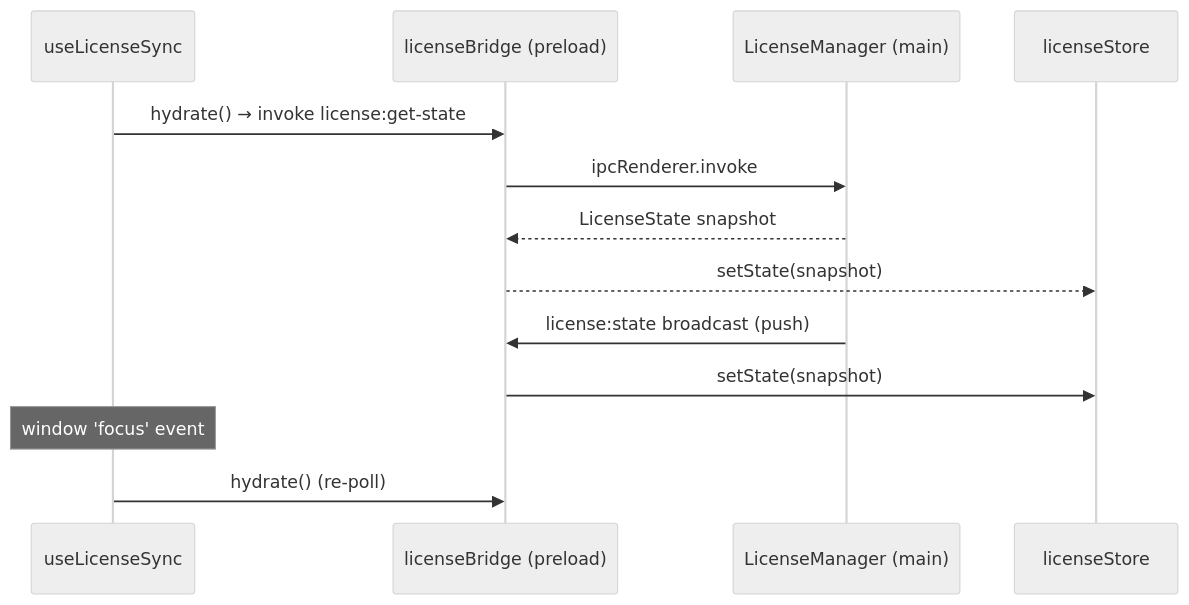
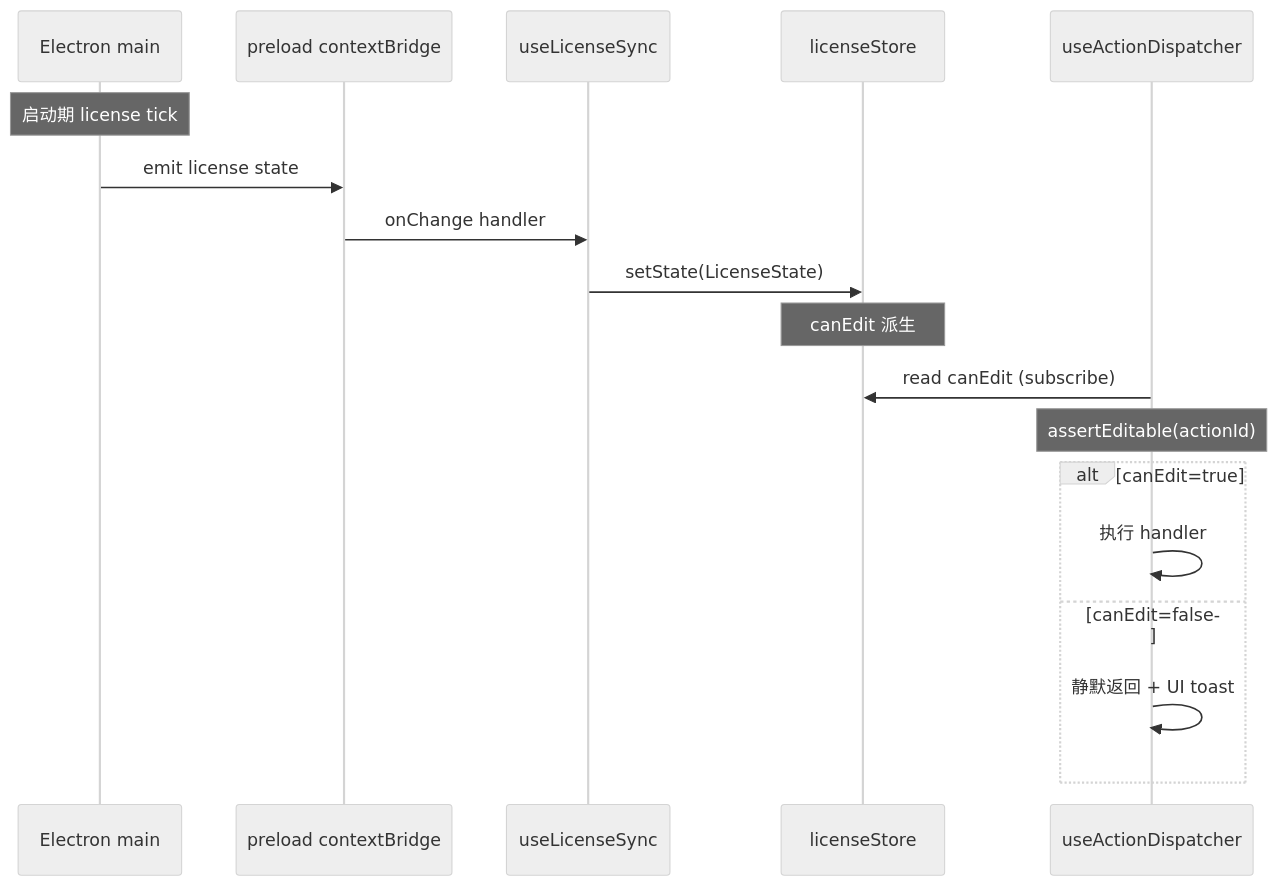
Before and after one commit to SakuraPuare/apollo-map-studio: the diagram in docs/api/hooks/use-license.md, drawn with Mermaid (neutral theme). The commit also changed other lines of this file and 414 other files, not shown here.

````diff
--- a/docs/api/hooks/use-license.md
+++ b/docs/api/hooks/use-license.md
@@ -38,18 +211,21 @@
 ```mermaid
 sequenceDiagram
+    participant Main as Electron main
+    participant Bridge as preload contextBridge
     participant Hook as useLicenseSync
-    participant Bridge as licenseBridge (preload)
-    participant Main as LicenseManager (main)
     participant Store as licenseStore
+    participant Disp as useActionDispatcher
 
-    Hook->>Bridge: hydrate() → invoke license:get-state
-    Bridge->>Main: ipcRenderer.invoke
-    Main-->>Bridge: LicenseState snapshot
-    Bridge-->>Store: setState(snapshot)
-
-    Main->>Bridge: license:state broadcast (push)
-    Bridge->>Store: setState(snapshot)
-
-    Note over Hook: window 'focus' event
-    Hook->>Bridge: hydrate() (re-poll)
+    Note over Main: 启动期 license tick
+    Main->>Bridge: emit license state
+    Bridge->>Hook: onChange handler
+    Hook->>Store: setState(LicenseState)
+    Note over Store: canEdit 派生
+    Disp->>Store: read canEdit (subscribe)
+    Note over Disp: assertEditable(actionId)
+    alt canEdit=true
+        Disp->>Disp: 执行 handler
+    else canEdit=false
+        Disp->>Disp: 静默返回 + UI toast
+    end
 ```
````
